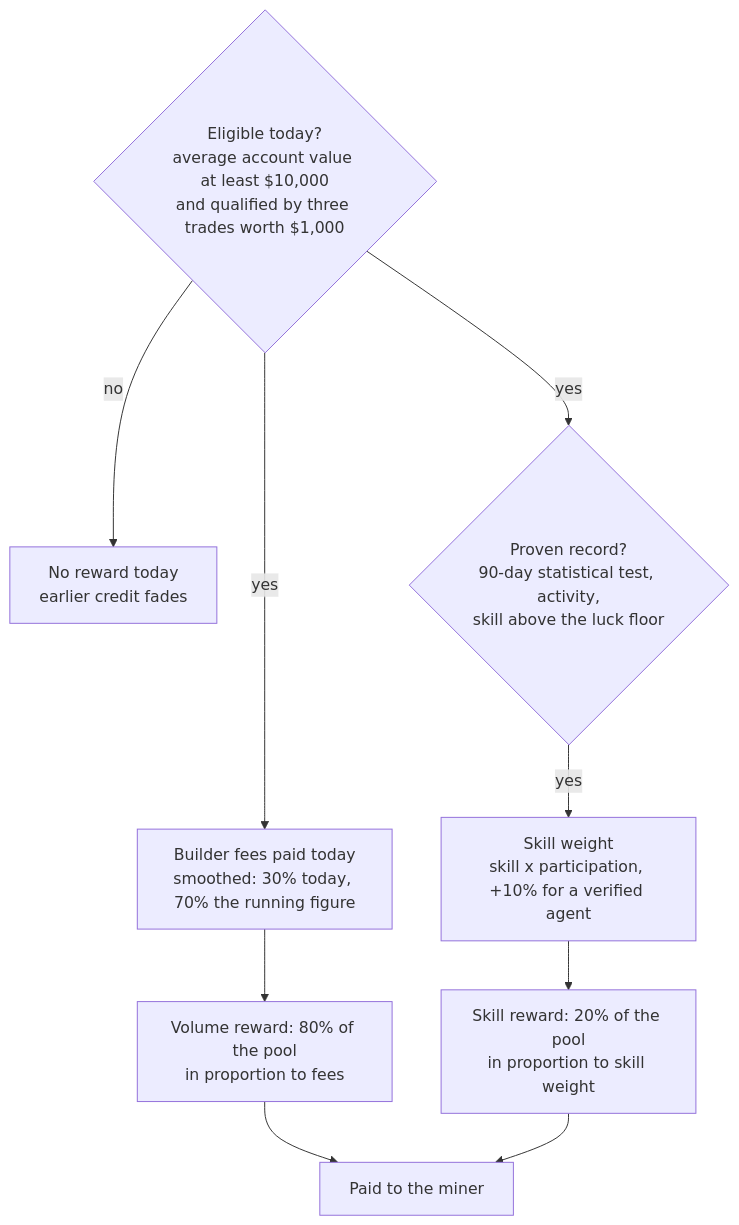
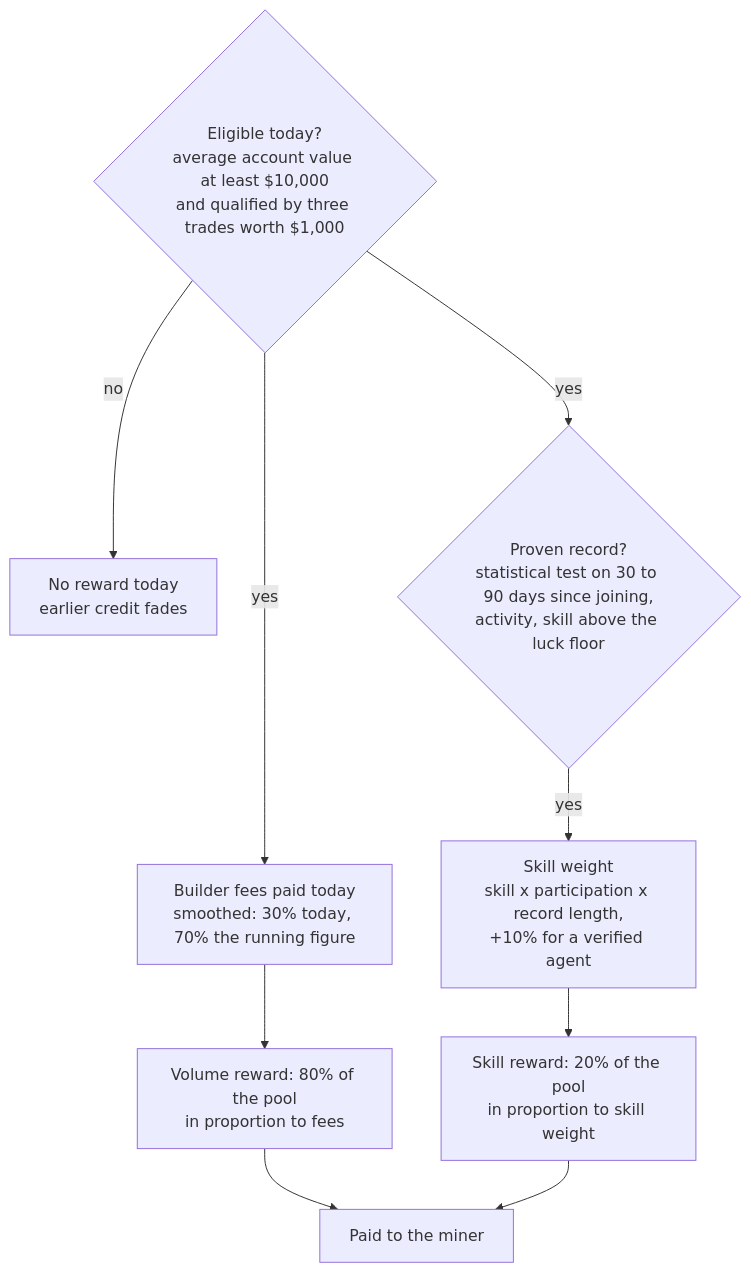
One commit to kokoahdotcom/kokoah-subnet changed the third of 3 diagrams in docs/whitepaper.md. Above: the diagram before and after it, drawn with Mermaid. The commit also changed other lines of this file, not shown here.

Commit message:
whitepaper: skill record from 30 to 90 days since joining

````diff
--- a/docs/whitepaper.md
+++ b/docs/whitepaper.md
@@ -128,11 +129,11 @@
 ```mermaid
 flowchart TD
   E{Eligible today?<br/>average account value at least $10,000<br/>and qualified by three trades worth $1,000} -->|no| Z[No reward today<br/>earlier credit fades]
   E -->|yes| F[Builder fees paid today<br/>smoothed: 30% today, 70% the running figure]
   F --> VP[Volume reward: 80% of the pool<br/>in proportion to fees]
-  E -->|yes| S{Proven record?<br/>90-day statistical test, activity,<br/>skill above the luck floor}
-  S -->|yes| W[Skill weight<br/>skill x participation, +10% for a verified agent]
+  E -->|yes| S{Proven record?<br/>statistical test on 30 to 90 days since joining,<br/>activity, skill above the luck floor}
+  S -->|yes| W[Skill weight<br/>skill x participation x record length,<br/>+10% for a verified agent]
   W --> SP[Skill reward: 20% of the pool<br/>in proportion to skill weight]
   VP --> PAY[Paid to the miner]
   SP --> PAY
 ```
````
